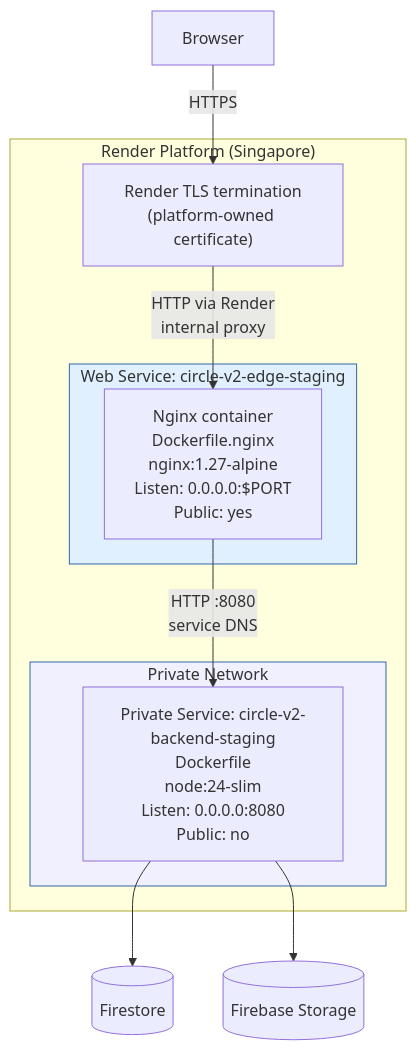
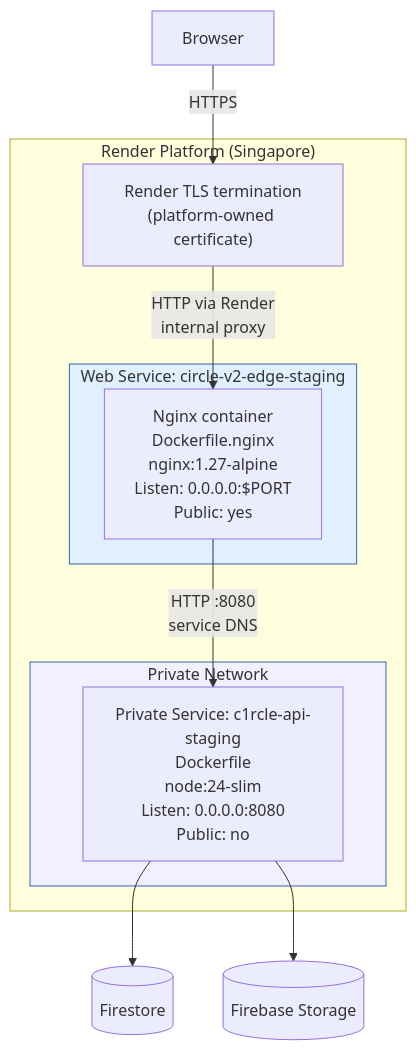
One commit to thec1rclehost123-cmd/expert_labs-c1rcle changed the first of 6 diagrams in C1RCLE-BACKEND/docs/nginx/deployment.md. Above: the diagram before and after it, drawn with Mermaid. The commit also changed other lines of this file and 1459 other files, not shown here.

````diff
--- a/C1RCLE-BACKEND/docs/nginx/deployment.md
+++ b/C1RCLE-BACKEND/docs/nginx/deployment.md
@@ -12,23 +12,23 @@
 ```mermaid
 graph TB
   subgraph Render["Render Platform (Singapore)"]
     subgraph PublicWeb["Web Service: circle-v2-edge-staging"]
       NginxContainer["Nginx container<br/>Dockerfile.nginx<br/>nginx:1.27-alpine<br/>Listen: 0.0.0.0:$PORT<br/>Public: yes"]
     end
 
     subgraph PrivateNet["Private Network"]
-      FastifyContainer["Private Service: circle-v2-backend-staging<br/>Dockerfile<br/>node:24-slim<br/>Listen: 0.0.0.0:8080<br/>Public: no"]
+      FastifyContainer["Private Service: c1rcle-api-staging<br/>Dockerfile<br/>node:24-slim<br/>Listen: 0.0.0.0:8080<br/>Public: no"]
     end
 
     RenderTLS["Render TLS termination<br/>(platform-owned certificate)"]
   end
 
   Browser[Browser] -->|HTTPS| RenderTLS
   RenderTLS -->|"HTTP via Render<br/>internal proxy"| NginxContainer
   NginxContainer -->|"HTTP :8080<br/>service DNS"| FastifyContainer
   FastifyContainer --> Firestore[(Firestore)]
   FastifyContainer --> Storage[(Firebase Storage)]
 
   style PublicWeb fill:#e0f0ff,stroke:#36a
   style PrivateNet fill:#f0f0ff,stroke:#36a
 ```
````
